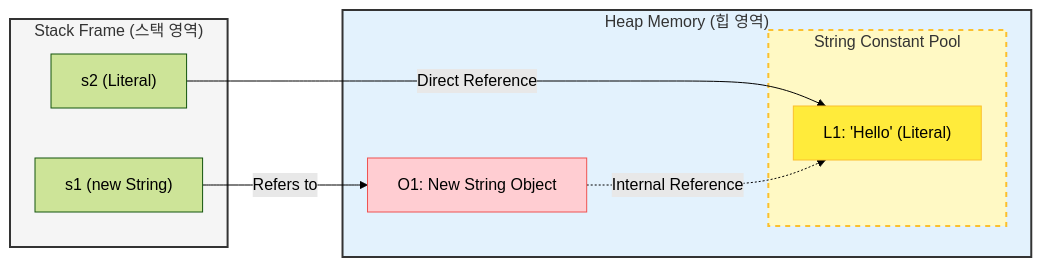
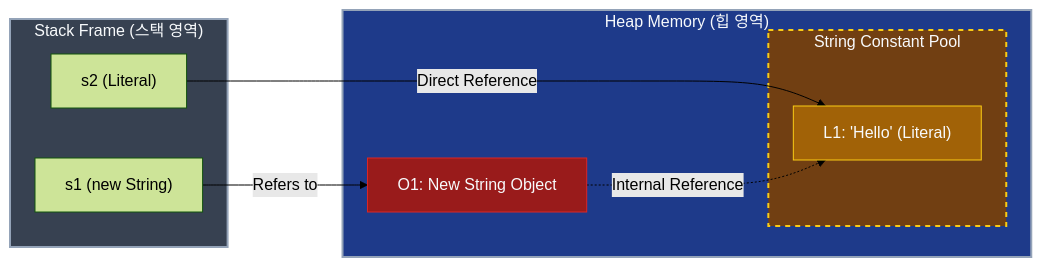
The second of 3 diagrams in _posts/java/09-불변_객체와_String_클래스/2026-01-24-문자열-상수와-string.md (Kang-Hyesung/kang-hyesung.github.io), drawn with Mermaid (forest theme) before and after one commit. The commit also changed other lines of this file and 74 other files, not shown here.

Commit message:
docs: update post visibility and mermaid colors

````diff
--- a/_posts/java/09-불변_객체와_String_클래스/2026-01-24-문자열-상수와-string.md
+++ b/_posts/java/09-불변_객체와_String_클래스/2026-01-24-문자열-상수와-string.md
@@ -66,31 +66,31 @@
 ```mermaid
 graph LR
     subgraph Stack ["Stack Frame (스택 영역)"]
         R1["s1 (new String)"]
         R2["s2 (Literal)"]
     end
 
     subgraph Heap ["Heap Memory (힙 영역)"]
         O1["O1: New String Object"]
         
         subgraph Pool ["String Constant Pool"]
             L1["L1: 'Hello' (Literal)"]
         end
     end
 
     %% s1은 힙에 새로 생성된 객체를 가리킨다
     R1 -->|Refers to| O1
     
     %% [핵심] s2는 상수 풀의 리터럴을 '직접' 가리킨다
     R2 -->|Direct Reference| L1
     
     %% 힙에 생성된 객체는 내부적으로 상수 풀의 값을 참조(사용)한다
     O1 -.->|Internal Reference| L1
 
     %% 스타일 정의
-    style Stack fill:#f5f5f5,stroke:#333,stroke-width:2px
-    style Heap fill:#e3f2fd,stroke:#333,stroke-width:2px
-    style Pool fill:#fff9c4,stroke:#fbc02d,stroke-width:2px,stroke-dasharray: 5 5
-    style L1 fill:#ffeb3b,stroke:#fbc02d
-    style O1 fill:#ffcdd2,stroke:#ef5350
+    style Stack fill:#374151,stroke:#94a3b8,stroke-width:2px,color:#f8fafc
+    style Heap fill:#1e3a8a,stroke:#94a3b8,stroke-width:2px,color:#f8fafc
+    style Pool fill:#713f12,stroke:#facc15,stroke-width:2px,stroke-dasharray: 5 5,color:#f8fafc
+    style L1 fill:#a16207,stroke:#facc15,color:#f8fafc
+    style O1 fill:#991b1b,stroke:#dc2626,color:#f8fafc
 ```
````
